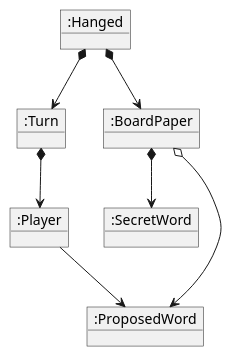
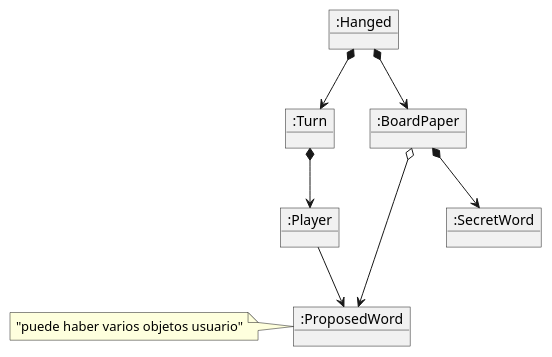
One commit to VladCode97/Hanged-Master changed the diagram in requirements/puml/InitalState.puml. Above: the diagram before and after it, drawn with PlantUML.

```diff
--- a/requirements/puml/InitalState.puml
+++ b/requirements/puml/InitalState.puml
@@ -1,18 +1,19 @@
 @startuml
 Object ":Hanged" as Hanged
 Object ":Turn" as Turn
 Object ":Player" as Player
 Object ":BoardPaper" as BoardPaper
 Object ":SecretWord" as SecretWord
 Object ":ProposedWord" as ProposedWord
 
 
 
 Hanged *--> Turn
 Turn *--> Player
+note left: "puede haber varios objetos usuario"
 Player --> ProposedWord
 Hanged *--> BoardPaper
 BoardPaper *--> SecretWord
 BoardPaper o--> ProposedWord
 
 @enduml
```
